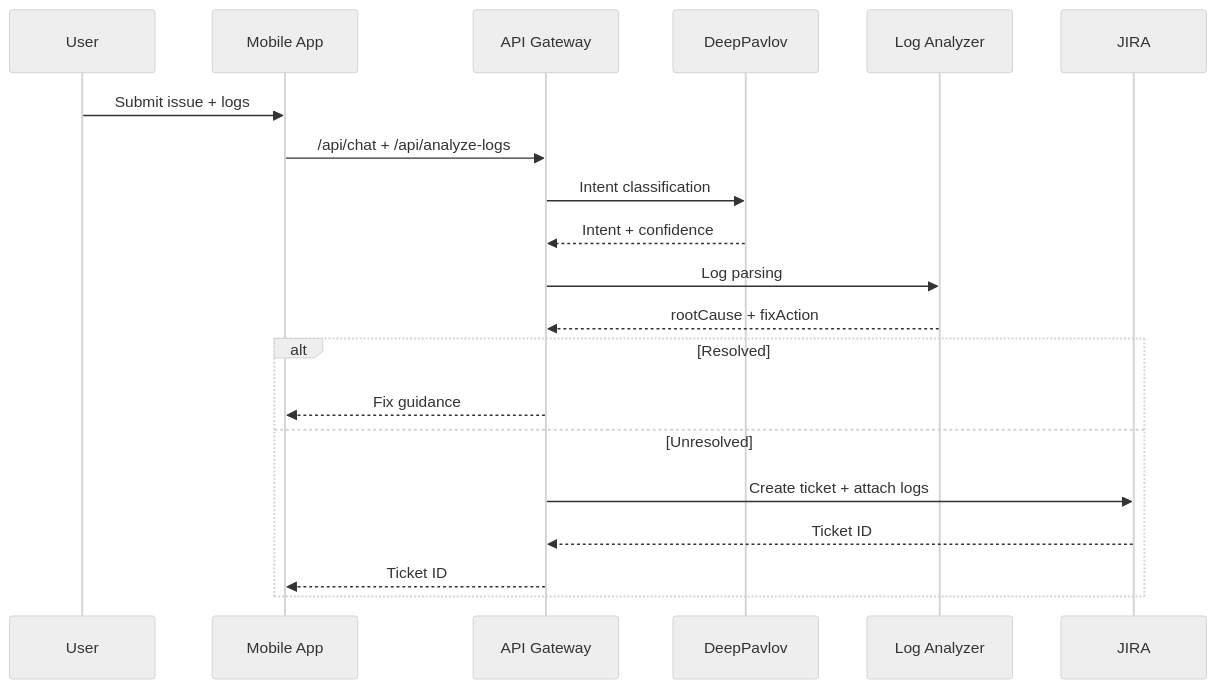
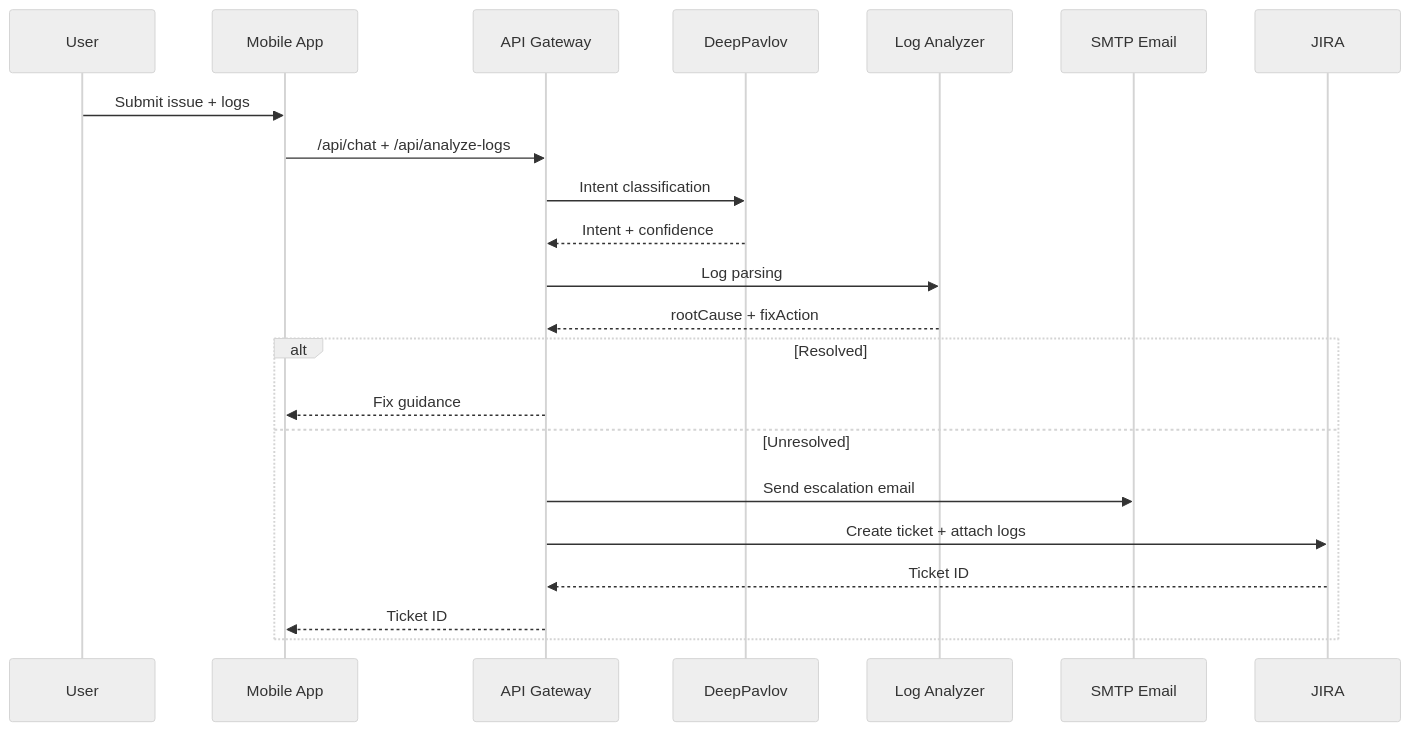
The third of 3 diagrams in docs/DIAGRAMS.md (winitramesh2/AegisAgent), drawn with Mermaid (neutral theme) before and after one commit. The commit also changed other lines of this file and 4 other files, not shown here.

Commit message:
Refine docs and add SMTP escalation

````diff
--- a/docs/DIAGRAMS.md
+++ b/docs/DIAGRAMS.md
@@ -43,23 +44,25 @@
 ```mermaid
 sequenceDiagram
   participant U as User
   participant M as Mobile App
   participant A as API Gateway
   participant D as DeepPavlov
   participant L as Log Analyzer
+  participant E as SMTP Email
   participant J as JIRA
 
   U->>M: Submit issue + logs
   M->>A: /api/chat + /api/analyze-logs
   A->>D: Intent classification
   D-->>A: Intent + confidence
   A->>L: Log parsing
   L-->>A: rootCause + fixAction
   alt Resolved
     A-->>M: Fix guidance
   else Unresolved
+    A->>E: Send escalation email
     A->>J: Create ticket + attach logs
     J-->>A: Ticket ID
     A-->>M: Ticket ID
   end
 ```
````
